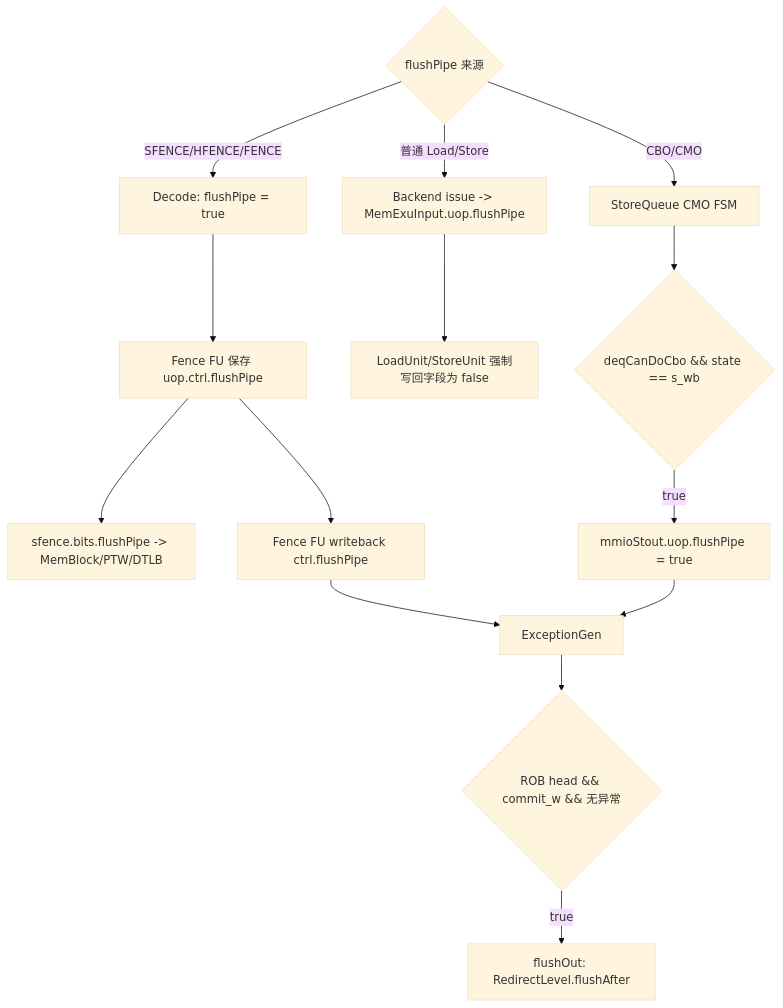
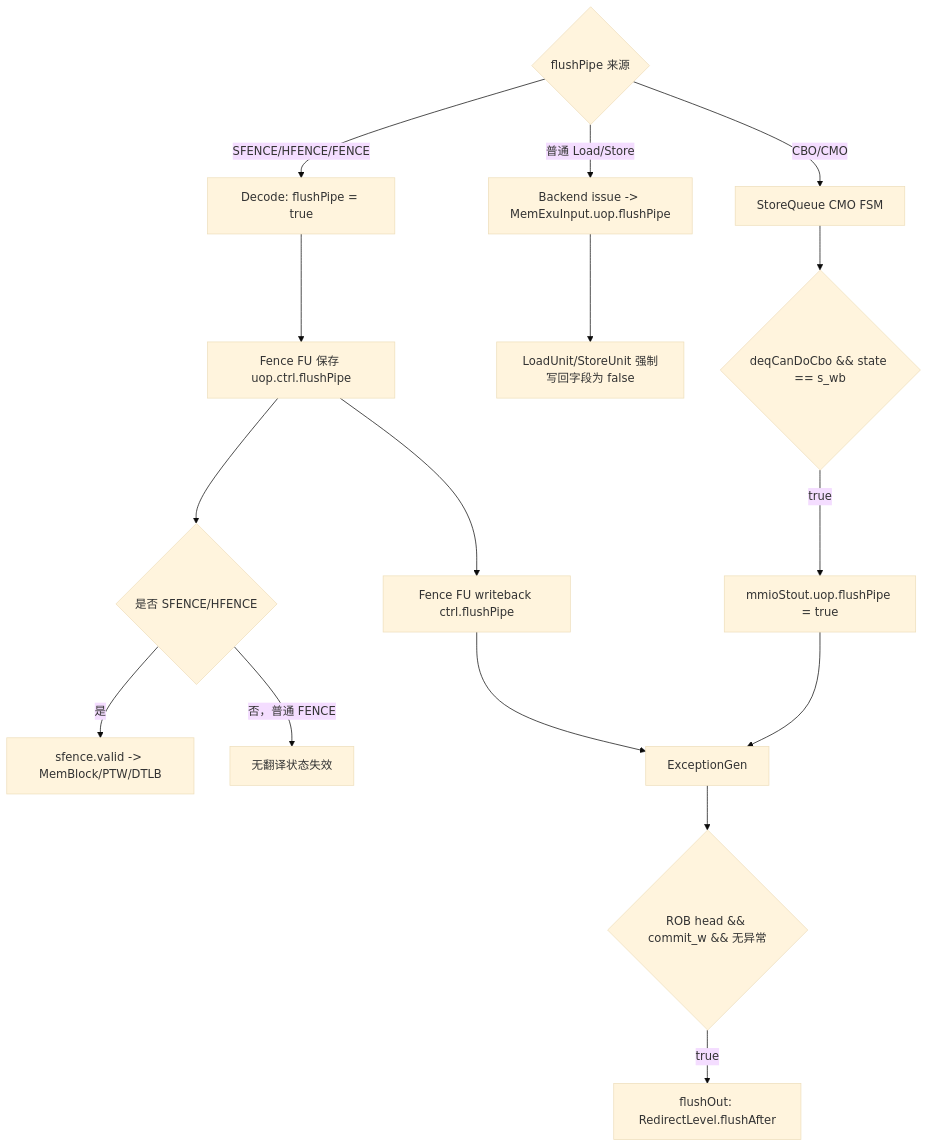
Before and after one commit to OpenXiangShan/XiangShan: the diagram in AI_DOC/analysis/rtl/v2/flows/memory_flush_pipe_flow.md, drawn with Mermaid (base theme). The commit also changed other lines of this file and 18 other files, not shown here.

````diff
--- a/AI_DOC/analysis/rtl/v2/flows/memory_flush_pipe_flow.md
+++ b/AI_DOC/analysis/rtl/v2/flows/memory_flush_pipe_flow.md
@@ -83,16 +125,18 @@
 ```mermaid
 flowchart TD
     A{flushPipe 来源} -->|SFENCE/HFENCE/FENCE| B[Decode: flushPipe = true]
     B --> C[Fence FU 保存 uop.ctrl.flushPipe]
-    C --> D[sfence.bits.flushPipe -> MemBlock/PTW/DTLB]
-    C --> E[Fence FU writeback ctrl.flushPipe]
-    A -->|普通 Load/Store| F[Backend issue -> MemExuInput.uop.flushPipe]
-    F --> G[LoadUnit/StoreUnit 强制写回字段为 false]
-    A -->|CBO/CMO| H[StoreQueue CMO FSM]
-    H --> I{deqCanDoCbo && state == s_wb}
+    C --> D{是否 SFENCE/HFENCE}
+    D -->|是| E[sfence.valid -> MemBlock/PTW/DTLB]
+    D -->|否，普通 FENCE| FENCE_NO[无翻译状态失效]
+    C --> G[Fence FU writeback ctrl.flushPipe]
+    A -->|普通 Load/Store| LOAD[Backend issue -> MemExuInput.uop.flushPipe]
+    LOAD --> LOAD_WB[LoadUnit/StoreUnit 强制写回字段为 false]
+    A -->|CBO/CMO| CMO[StoreQueue CMO FSM]
+    CMO --> I{deqCanDoCbo && state == s_wb}
     I -->|true| J[mmioStout.uop.flushPipe = true]
-    E --> K[ExceptionGen]
+    G --> K[ExceptionGen]
     J --> K
     K --> L{ROB head && commit_w && 无异常}
     L -->|true| M[flushOut: RedirectLevel.flushAfter]
 ```
````
